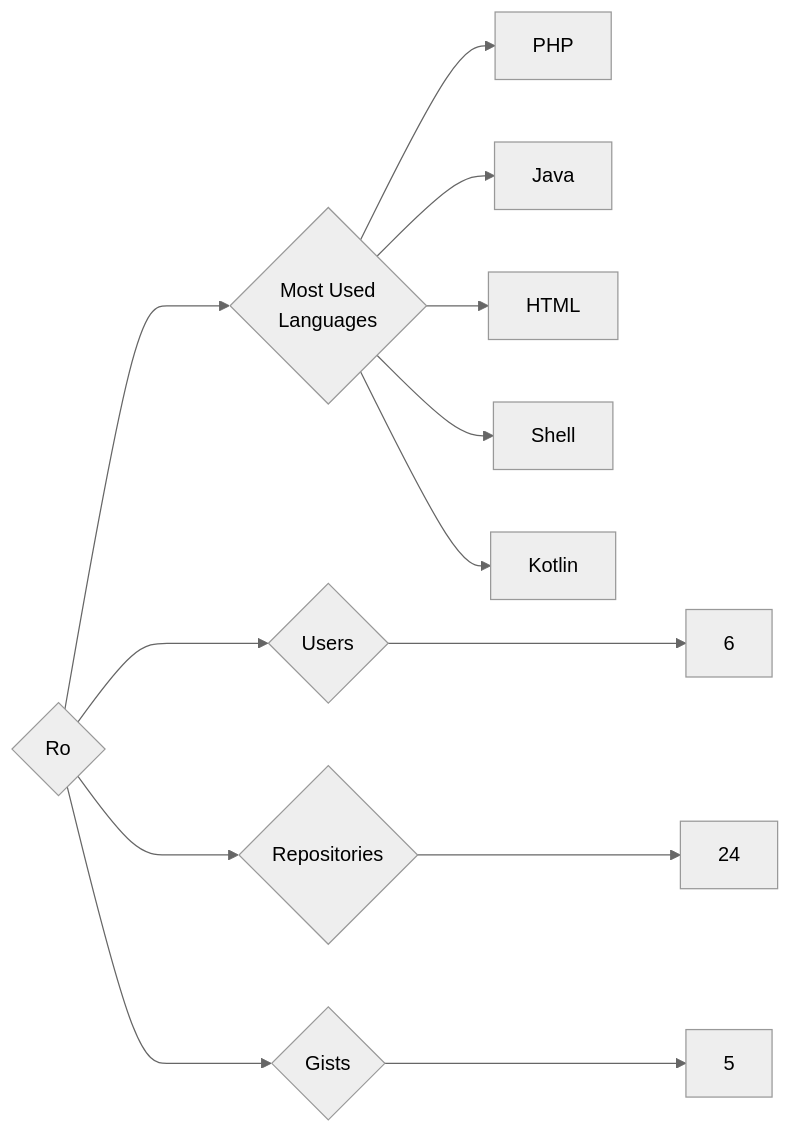
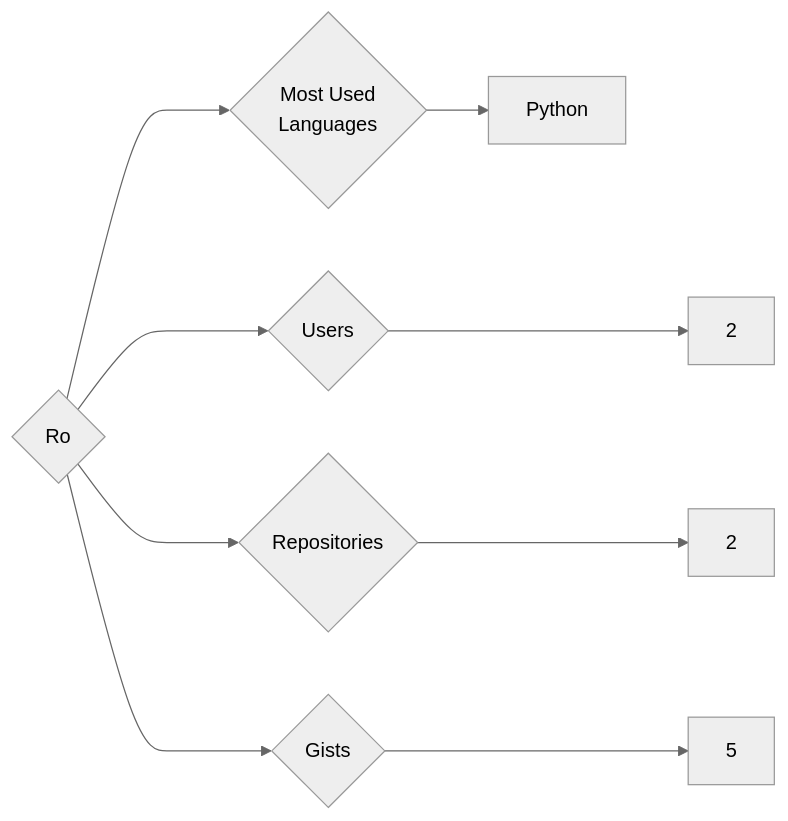
The diagram in targets/Ro/README.md (trickest/insiders), drawn with Mermaid (neutral theme) before and after one commit. The commit also changed 1248 other files, not shown here.

````diff
--- a/targets/Ro/README.md
+++ b/targets/Ro/README.md
@@ -3,13 +3,9 @@
 ```mermaid
 graph LR
 COMPANY_NAME{Ro}
-COMPANY_NAME ---> U{Users} ---> UN[6]
-COMPANY_NAME ---> R{Repositories} ---> RN[24]
+COMPANY_NAME ---> U{Users} ---> UN[2]
+COMPANY_NAME ---> R{Repositories} ---> RN[2]
 COMPANY_NAME ---> G{Gists} ---> GN[5]
 COMPANY_NAME ---> ML{Most Used<br>Languages}
-ML --> PHP[PHP]
-ML --> Java[Java]
-ML --> HTML[HTML]
-ML --> Shell[Shell]
-ML --> Kotlin[Kotlin]
+ML --> Python[Python]
 ```
````
